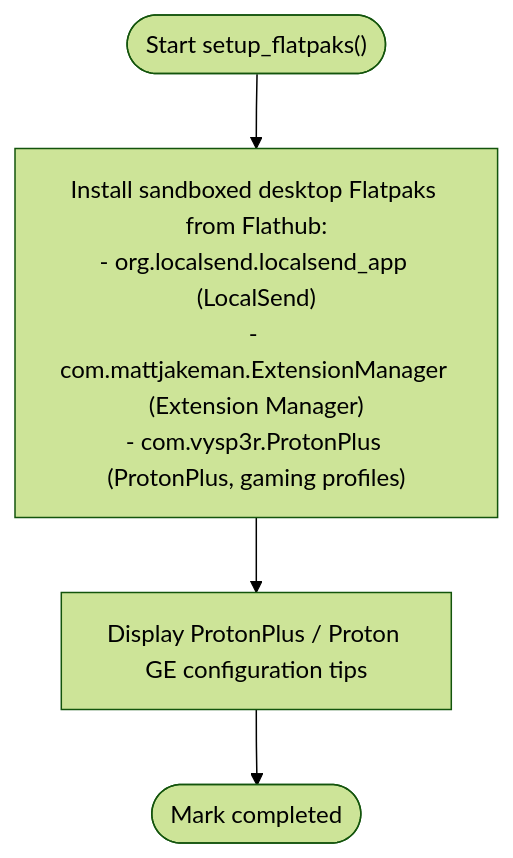
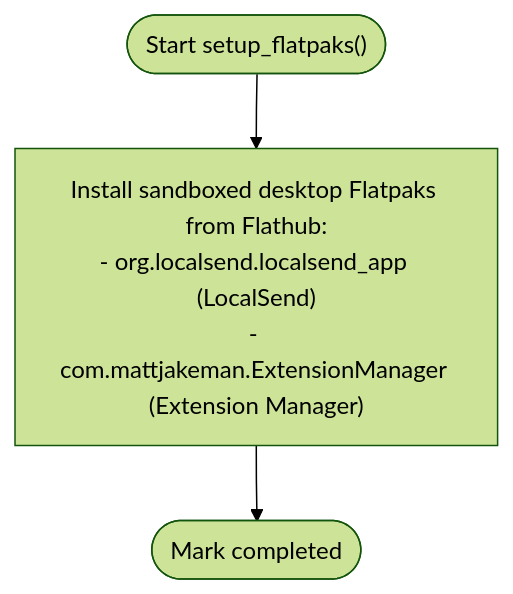
Before and after one commit to Kk376/fedora-43-post-install: diagram 15 of 21 in PSEUDOCODE.md, drawn with Mermaid (forest theme). The commit also changed other lines of this file and 4 other files, not shown here.

Commit message:
refactor(gaming): remove redundant ProtonPlus flatpak in favor of Heroic Wine Manager

````diff
--- a/PSEUDOCODE.md
+++ b/PSEUDOCODE.md
@@ -398,6 +398,5 @@
 ```mermaid
 flowchart TD
-    StartFlatpaks(["Start setup_flatpaks()"]) --> InstallApps["Install sandboxed desktop Flatpaks from Flathub:<br/>- org.localsend.localsend_app (LocalSend)<br/>- com.mattjakeman.ExtensionManager (Extension Manager)<br/>- com.vysp3r.ProtonPlus (ProtonPlus, gaming profiles)"]
-    InstallApps --> ShowProtonPlusInfo["Display ProtonPlus / Proton GE configuration tips"]
-    ShowProtonPlusInfo --> EndFlatpaks(["Mark completed"])
+    StartFlatpaks(["Start setup_flatpaks()"]) --> InstallApps["Install sandboxed desktop Flatpaks from Flathub:<br/>- org.localsend.localsend_app (LocalSend)<br/>- com.mattjakeman.ExtensionManager (Extension Manager)"]
+    InstallApps --> EndFlatpaks(["Mark completed"])
 ```
````
